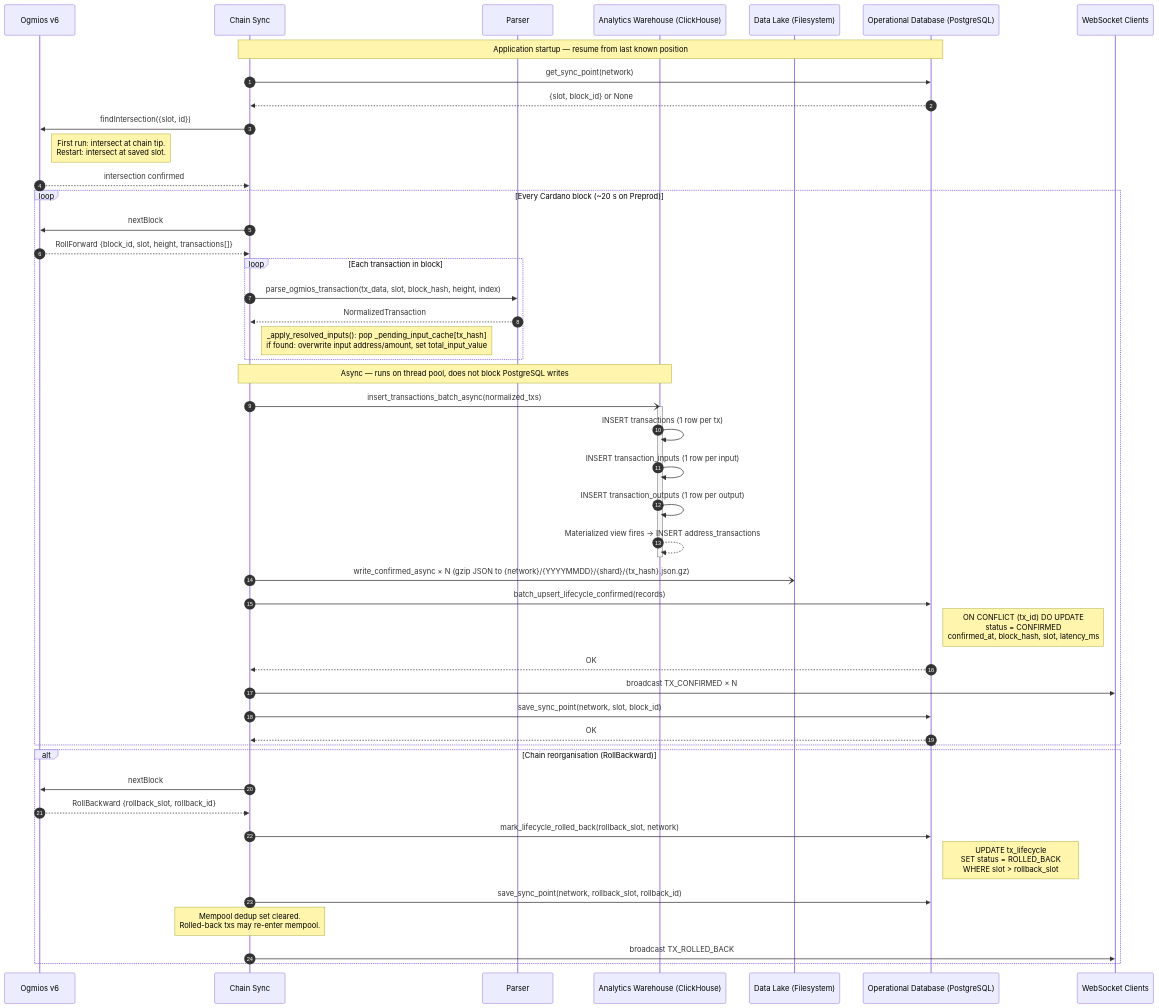
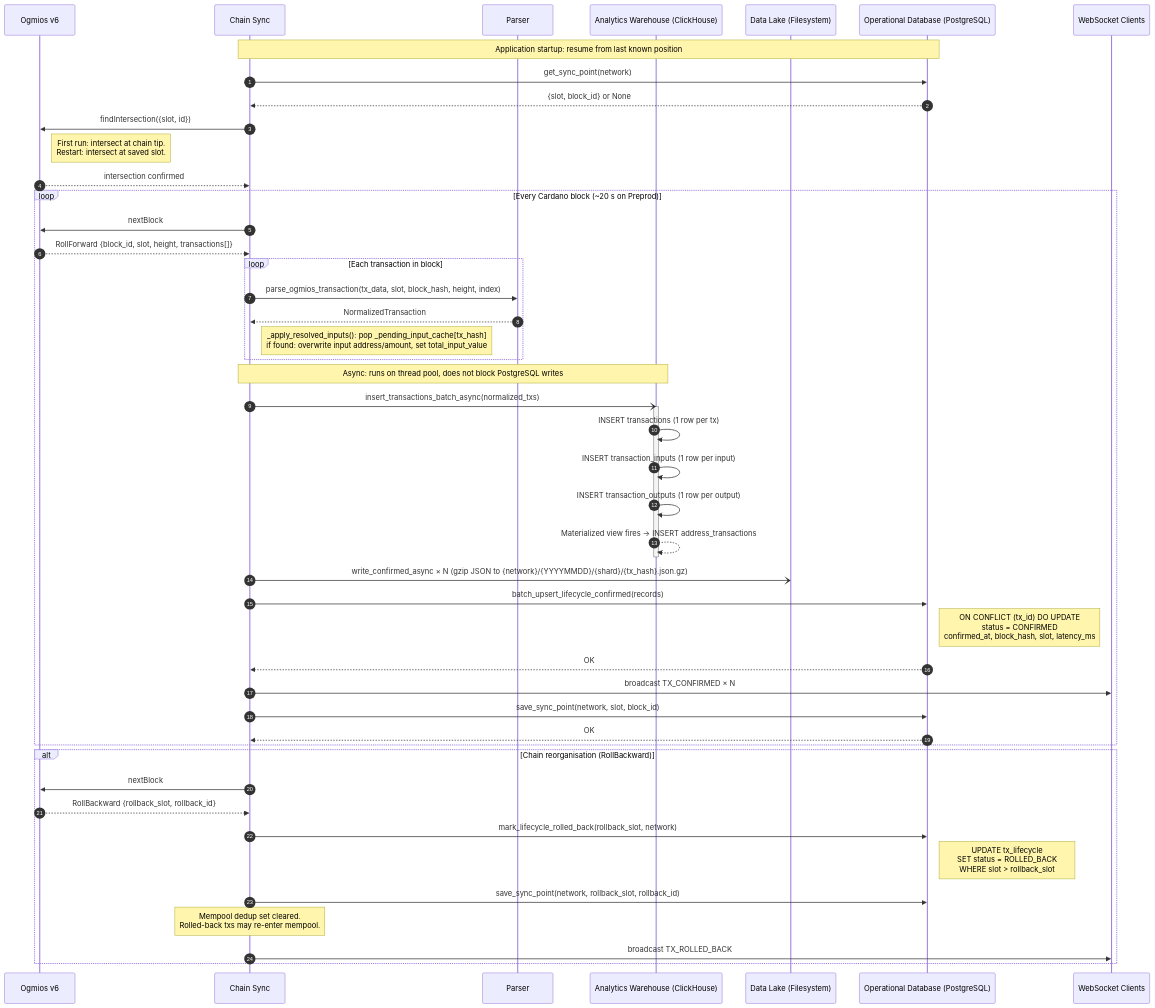
Before and after one commit to input-output-hk/TransactionMonitoringSystem: the first of 3 diagrams in docs/DATA-FLOW.md, drawn with Mermaid. The commit also changed other lines of this file and 62 other files, not shown here.

````diff
--- a/docs/DATA-FLOW.md
+++ b/docs/DATA-FLOW.md
@@ -17,63 +17,63 @@
 ```mermaid
 sequenceDiagram
     autonumber
 
     participant Ogmios as Ogmios v6
     participant CS     as Chain Sync
     participant Parser as Parser
     participant CH     as Analytics Warehouse (ClickHouse)
     participant FS     as Data Lake (Filesystem)
     participant PG     as Operational Database (PostgreSQL)
     participant WS     as WebSocket Clients
 
-    Note over CS,PG: Application startup — resume from last known position
+    Note over CS,PG: Application startup: resume from last known position
     CS->>PG: get_sync_point(network)
     PG-->>CS: {slot, block_id} or None
 
     CS->>Ogmios: findIntersection({slot, id})
     Note right of Ogmios: First run: intersect at chain tip.<br/>Restart: intersect at saved slot.
     Ogmios-->>CS: intersection confirmed
 
     loop Every Cardano block (~20 s on Preprod)
         CS->>Ogmios: nextBlock
         Ogmios-->>CS: RollForward {block_id, slot, height, transactions[]}
 
         loop Each transaction in block
             CS->>Parser: parse_ogmios_transaction(tx_data, slot, block_hash, height, index)
             Parser-->>CS: NormalizedTransaction
             Note right of CS: _apply_resolved_inputs(): pop _pending_input_cache[tx_hash]<br/>if found: overwrite input address/amount, set total_input_value
         end
 
-        Note over CS,CH: Async — runs on thread pool, does not block PostgreSQL writes
+        Note over CS,CH: Async: runs on thread pool, does not block PostgreSQL writes
         CS-)CH: insert_transactions_batch_async(normalized_txs)
         activate CH
         CH->>CH: INSERT transactions        (1 row per tx)
         CH->>CH: INSERT transaction_inputs  (1 row per input)
         CH->>CH: INSERT transaction_outputs (1 row per output)
         CH-->>CH: Materialized view fires → INSERT address_transactions
         deactivate CH
 
         CS-)FS: write_confirmed_async × N (gzip JSON to {network}/{YYYYMMDD}/{shard}/{tx_hash}.json.gz)
 
         CS->>PG: batch_upsert_lifecycle_confirmed(records)
         Note right of PG: ON CONFLICT (tx_id) DO UPDATE<br/>status = CONFIRMED<br/>confirmed_at, block_hash, slot, latency_ms
         PG-->>CS: OK
 
         CS->>WS: broadcast TX_CONFIRMED × N
 
         CS->>PG: save_sync_point(network, slot, block_id)
         PG-->>CS: OK
     end
 
     alt Chain reorganisation (RollBackward)
         CS->>Ogmios: nextBlock
         Ogmios-->>CS: RollBackward {rollback_slot, rollback_id}
 
         CS->>PG: mark_lifecycle_rolled_back(rollback_slot, network)
         Note right of PG: UPDATE tx_lifecycle<br/>SET status = ROLLED_BACK<br/>WHERE slot > rollback_slot
 
         CS->>PG: save_sync_point(network, rollback_slot, rollback_id)
         Note over CS: Mempool dedup set cleared.<br/>Rolled-back txs may re-enter mempool.
         CS->>WS: broadcast TX_ROLLED_BACK
     end
 ```
````
